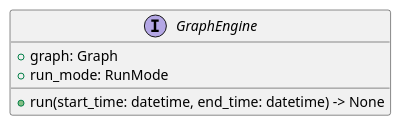
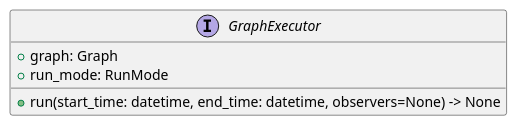
One commit to hhenson/hgraph changed the third of 6 diagrams in docs/concepts/forward_propogation_graph.md. Above: the diagram before and after it, drawn with PlantUML. The commit also changed other lines of this file and 9 other files, not shown here.

Commit message:
Update documentation and generate png files for UML descriptions.

````diff
--- a/docs/concepts/forward_propogation_graph.md
+++ b/docs/concepts/forward_propogation_graph.md
@@ -91,8 +103,9 @@
 ```plantuml
-interface GraphEngine {
+@startuml graph_executor_uml
+interface GraphExecutor {
     +graph: Graph
     +run_mode: RunMode
-    +run(start_time: datetime, end_time: datetime) -> None
+    +run(start_time: datetime, end_time: datetime, observers=None) -> None
 }
 @enduml
 ```
````
